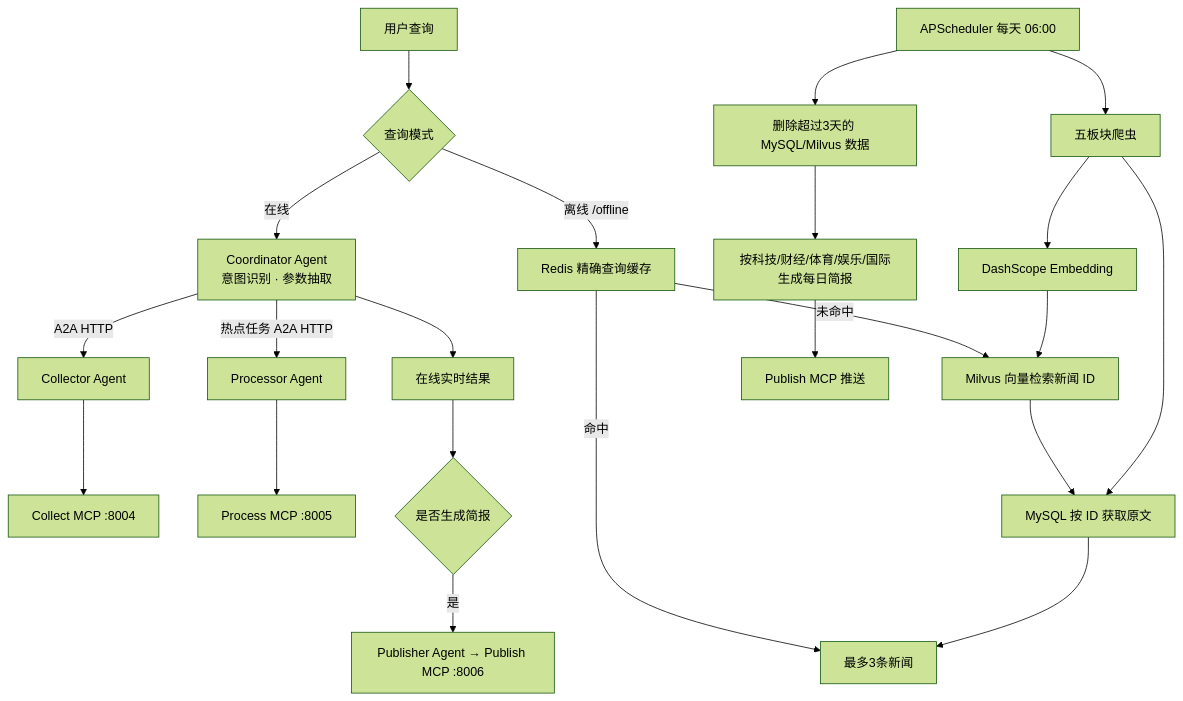
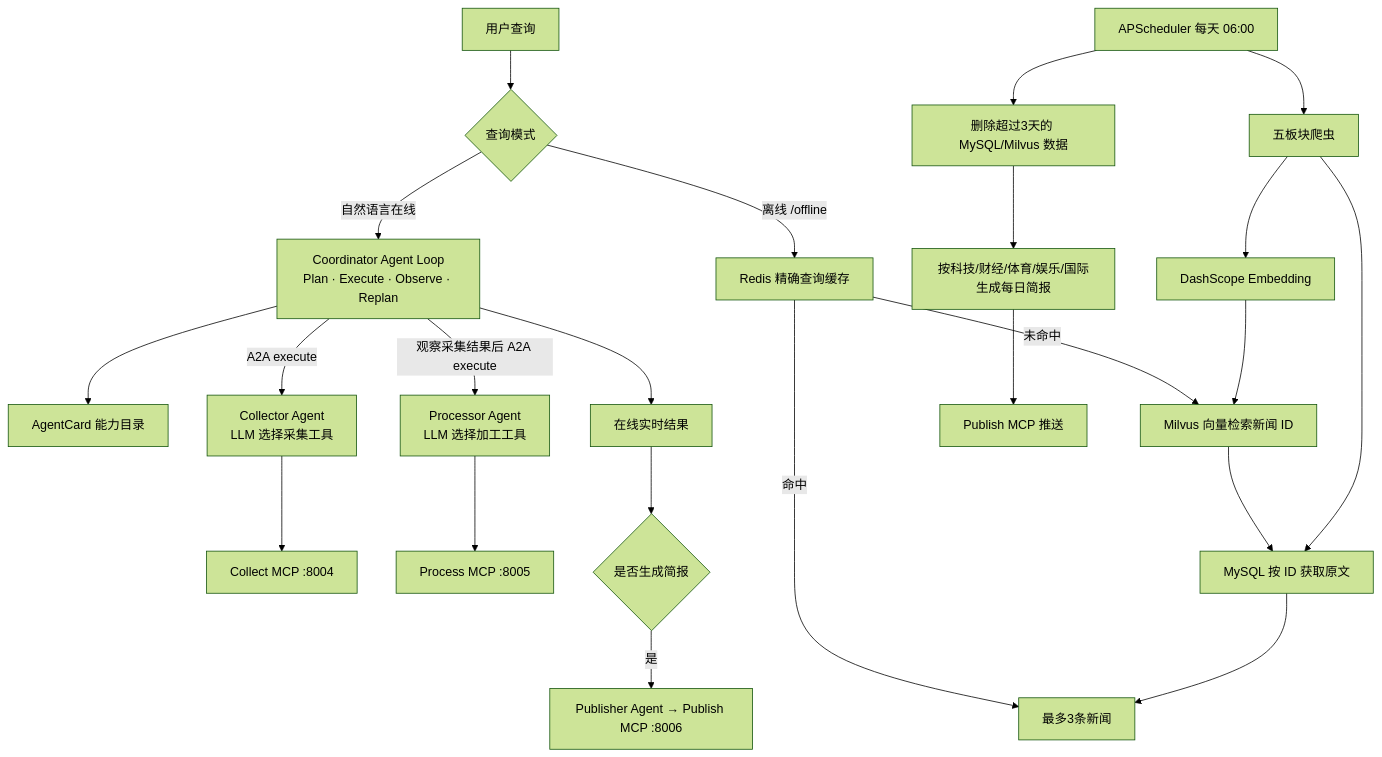
Before and after one commit to niude12/newsfeed_system: the diagram in HotnewsFeed/项目流程.md, drawn with Mermaid (forest theme). The commit also changed other lines of this file and 19 other files, not shown here.

````diff
--- a/HotnewsFeed/项目流程.md
+++ b/HotnewsFeed/项目流程.md
@@ -25,26 +26,27 @@
 ```mermaid
 flowchart TD
     U[用户查询] --> M{查询模式}
-    M -->|在线| C[Coordinator Agent<br/>意图识别 · 参数抽取]
-    C -->|A2A HTTP| CA[Collector Agent]
+    M -->|自然语言在线| C[Coordinator Agent Loop<br/>Plan · Execute · Observe · Replan]
+    C --> CAT[AgentCard 能力目录]
+    C -->|A2A execute| CA[Collector Agent<br/>LLM 选择采集工具]
     CA --> CM[Collect MCP :8004]
-    C -->|热点任务 A2A HTTP| PA[Processor Agent]
+    C -->|观察采集结果后 A2A execute| PA[Processor Agent<br/>LLM 选择加工工具]
     PA --> PM[Process MCP :8005]
     C --> R1[在线实时结果]
     R1 --> B{是否生成简报}
     B -->|是| PUB[Publisher Agent → Publish MCP :8006]
 
     M -->|离线 /offline| RC[Redis 精确查询缓存]
     RC -->|命中| R2[最多3条新闻]
     RC -->|未命中| MV[Milvus 向量检索新闻 ID]
     MV --> SQL[MySQL 按 ID 获取原文]
     SQL --> R2
 
     S[APScheduler 每天 06:00] --> CR[五板块爬虫]
     CR --> SQL
     CR --> EM[DashScope Embedding]
     EM --> MV
     S --> CL[删除超过3天的 MySQL/Milvus 数据]
     CL --> DBR[按科技/财经/体育/娱乐/国际生成每日简报]
     DBR --> PMCP[Publish MCP 推送]
 ```
````
